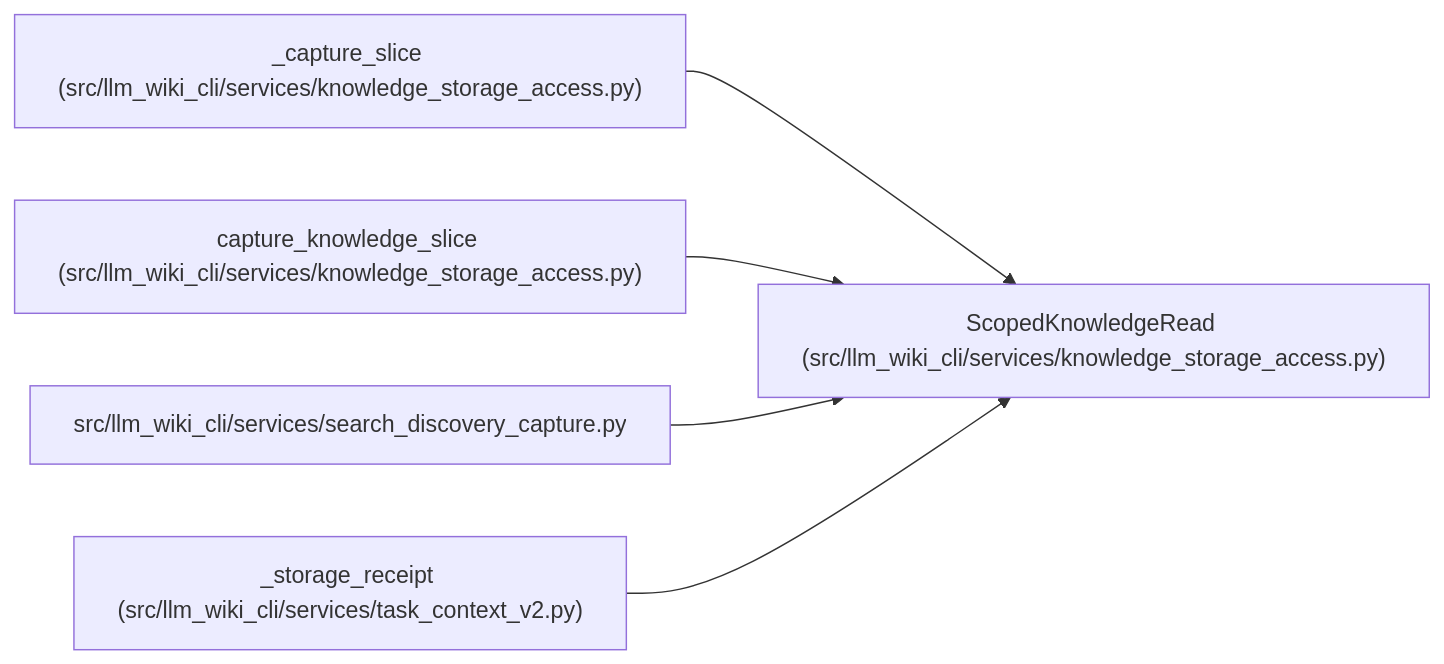
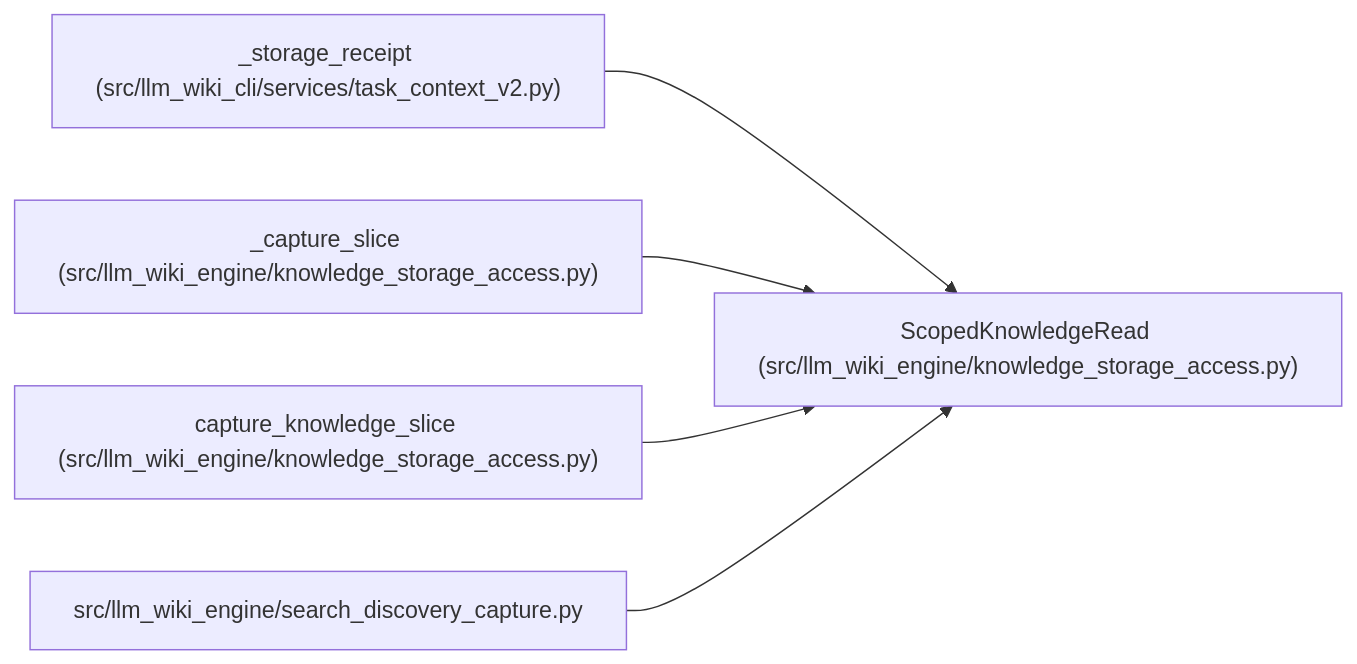
The diagram in docs/llm_wiki/entities/ScopedKnowledgeRead.md (Denissvgn/python-wiki-llm), drawn with Mermaid before and after one commit. The commit also changed other lines of this file and 1058 other files, not shown here.

First line of the commit message:
docs: refresh the wiki for the knowledge store move

````diff
--- a/docs/llm_wiki/entities/ScopedKnowledgeRead.md
+++ b/docs/llm_wiki/entities/ScopedKnowledgeRead.md
@@ -35,17 +35,17 @@
 ```mermaid
 flowchart LR
-    n0["ScopedKnowledgeRead (src/llm_wiki_cli/services/knowledge_storage_access.py)"]
-    n1["_capture_slice (src/llm_wiki_cli/services/knowledge_storage_access.py)"]
-    n2["capture_knowledge_slice (src/llm_wiki_cli/services/knowledge_storage_access.py)"]
-    n3["src/llm_wiki_cli/services/search_discovery_capture.py"]
-    n4["_storage_receipt (src/llm_wiki_cli/services/task_context_v2.py)"]
+    n0["ScopedKnowledgeRead (src/llm_wiki_engine/knowledge_storage_access.py)"]
+    n1["_storage_receipt (src/llm_wiki_cli/services/task_context_v2.py)"]
+    n2["_capture_slice (src/llm_wiki_engine/knowledge_storage_access.py)"]
+    n3["capture_knowledge_slice (src/llm_wiki_engine/knowledge_storage_access.py)"]
+    n4["src/llm_wiki_engine/search_discovery_capture.py"]
     n1 --> n0
     n2 --> n0
     n3 --> n0
     n4 --> n0
     click n0 "../modules/knowledge_storage_access.md"
-    click n1 "../modules/knowledge_storage_access.md"
+    click n1 "../modules/task_context_v2.md"
     click n2 "../modules/knowledge_storage_access.md"
-    click n3 "../modules/search_discovery_capture.md"
-    click n4 "../modules/task_context_v2.md"
+    click n3 "../modules/knowledge_storage_access.md"
+    click n4 "../modules/search_discovery_capture.md"
 ```
````
